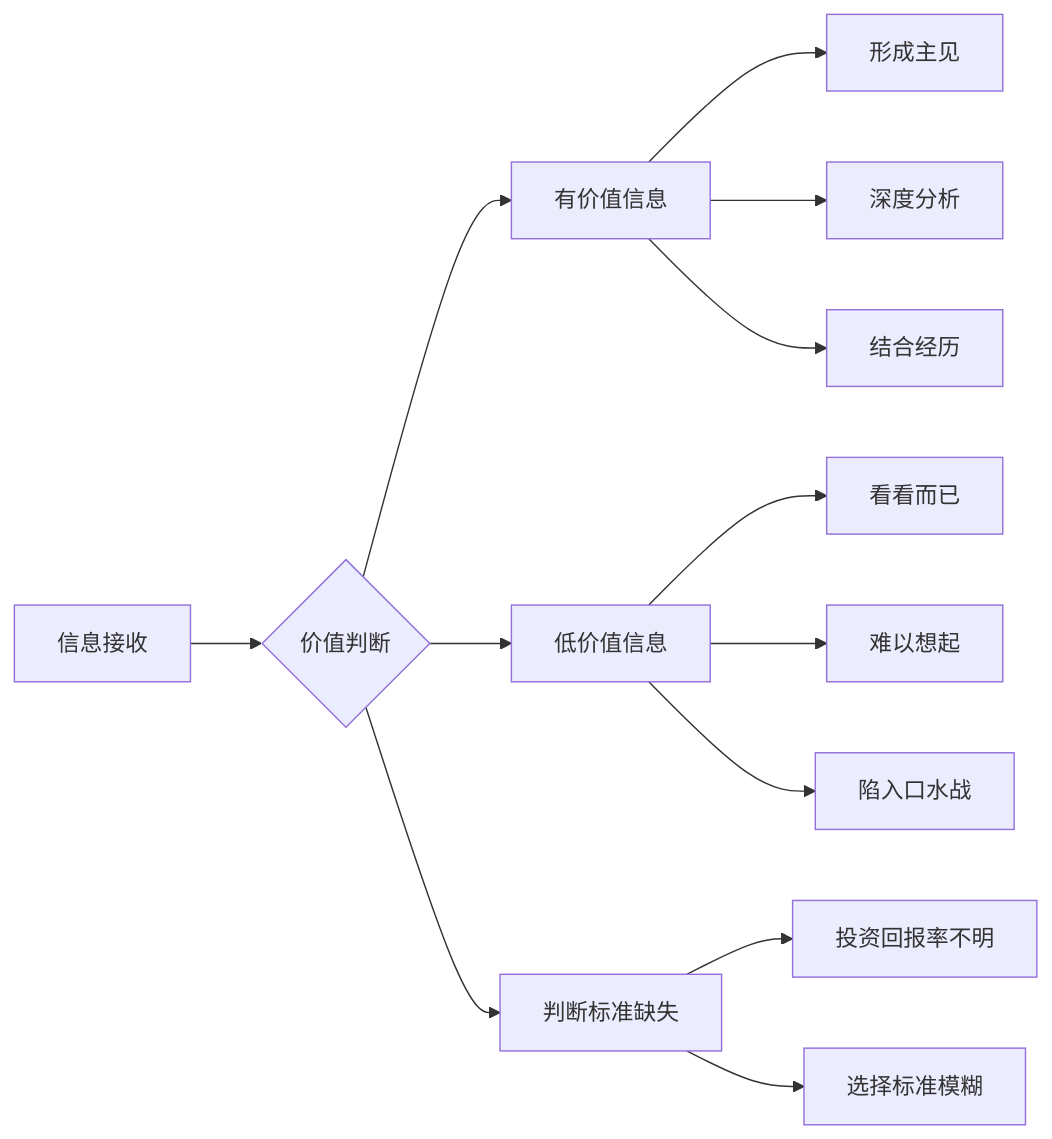
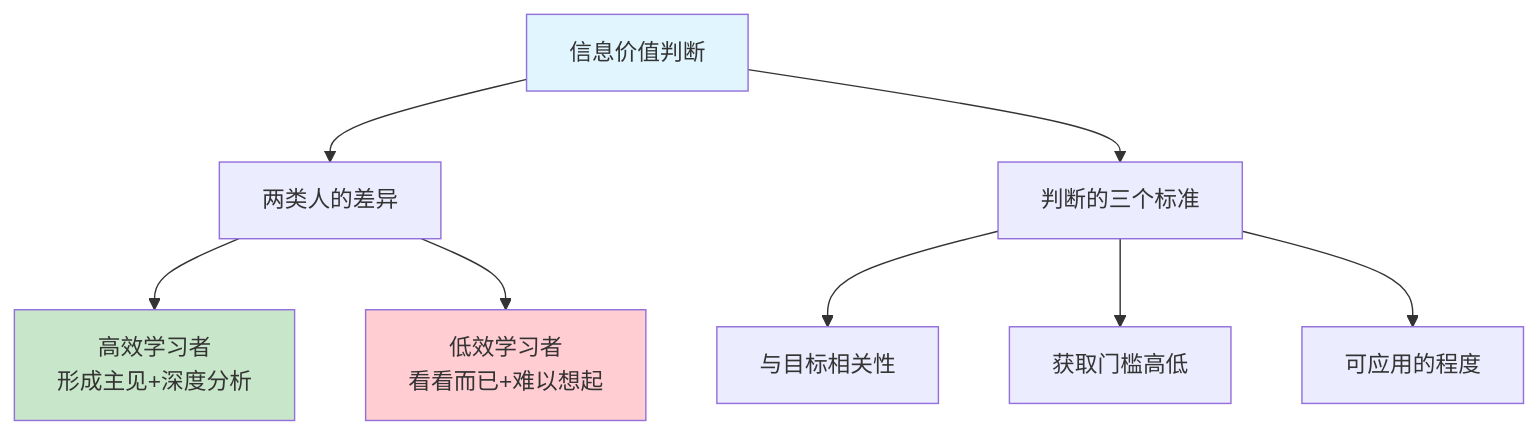
One commit to chongyang211/YCBookBlog changed the second of 10 diagrams in 10.自我进阶提升书/02.信息筛选和体系/2.1信息过载怎么办.md. Above: the diagram before and after it, drawn with Mermaid. The commit also changed other lines of this file and 28 other files, not shown here.

````diff
--- a/10.自我进阶提升书/02.信息筛选和体系/2.1信息过载怎么办.md
+++ b/10.自我进阶提升书/02.信息筛选和体系/2.1信息过载怎么办.md
@@ -63,18 +57,16 @@
 ```mermaid
-graph LR
-    A[信息接收] --> B{价值判断}
-    B --> C[有价值信息]
-    B --> D[低价值信息]
+graph TD
+    A[信息价值判断] --> B[两类人的差异]
+    A --> C[判断的三个标准]
     
-    C --> C1[形成主见]
-    C --> C2[深度分析]
-    C --> C3[结合经历]
+    B --> B1[高效学习者<br/>形成主见+深度分析]
+    B --> B2[低效学习者<br/>看看而已+难以想起]
     
-    D --> D1[看看而已]
-    D --> D2[难以想起]
-    D --> D3[陷入口水战]
+    C --> C1[与目标相关性]
+    C --> C2[获取门槛高低]
+    C --> C3[可应用的程度]
     
-    B --> E[判断标准缺失]
-    E --> F[投资回报率不明]
-    E --> G[选择标准模糊]
+    style A fill:#e1f5fe
+    style B1 fill:#c8e6c9
+    style B2 fill:#ffcdd2
 ```
````
